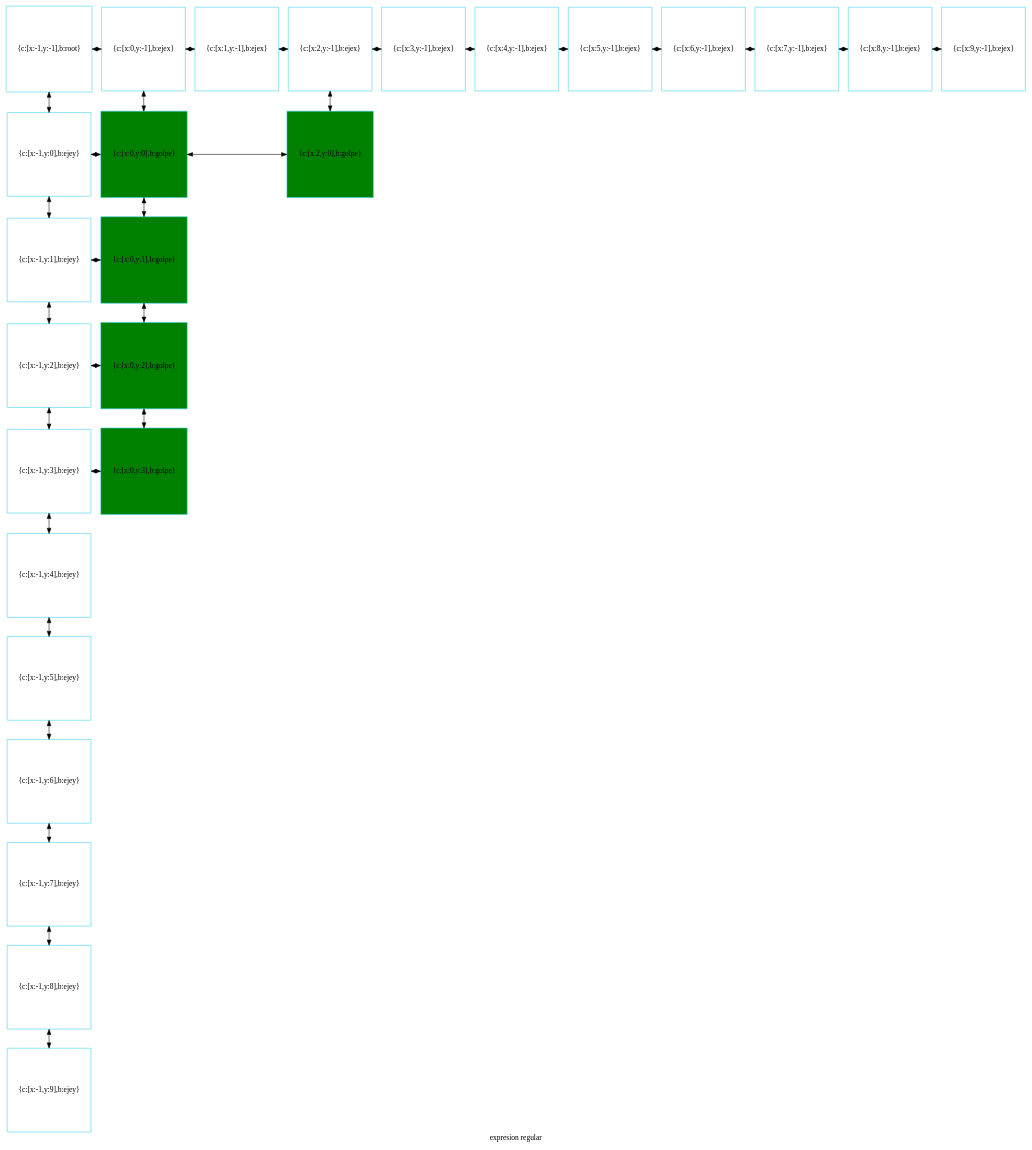
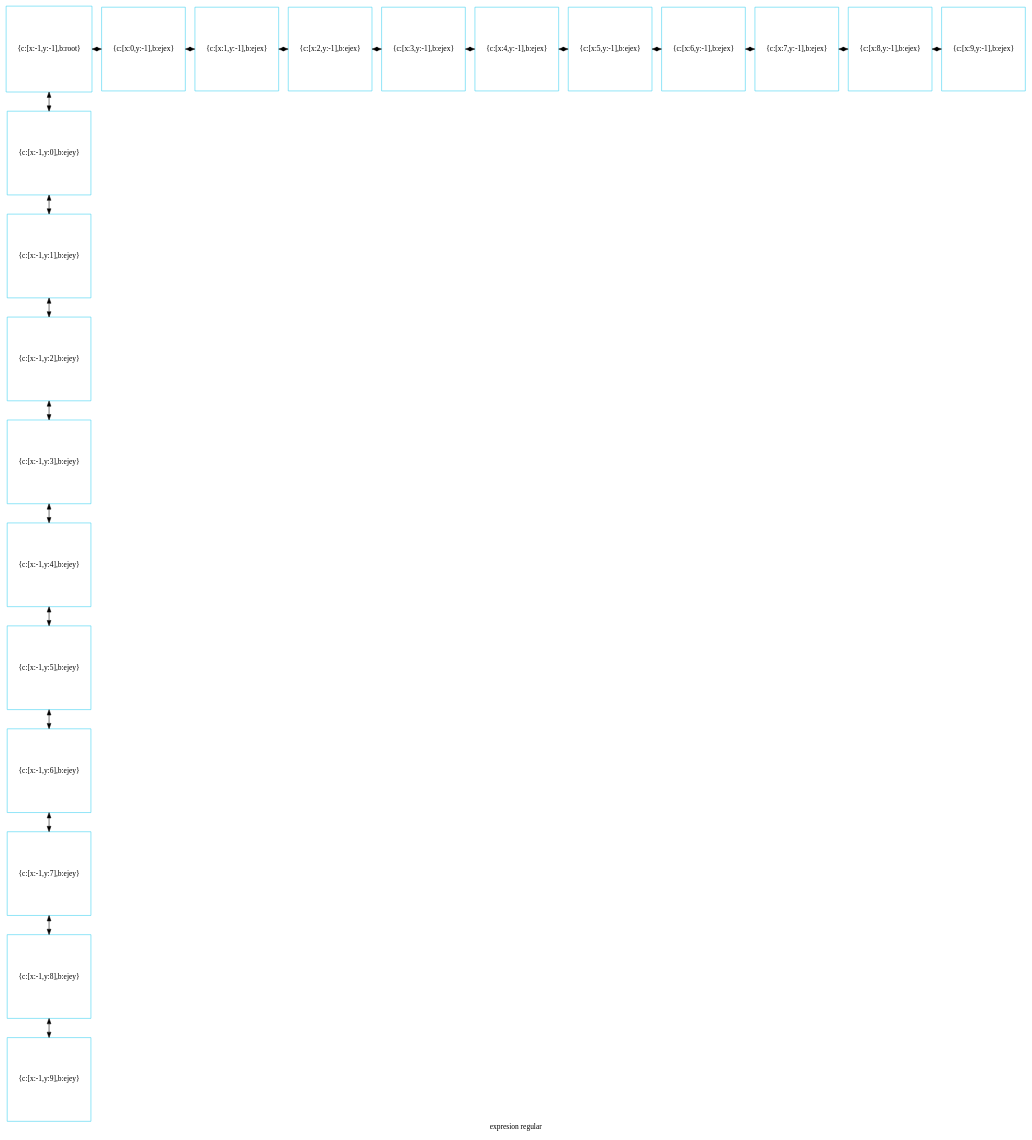
One commit to betebetoven/EDDS2F2 changed the diagram in disp_compu.dot. Above: the diagram before and after it, drawn with Graphviz. The commit also changed 21 other files, not shown here.

```diff
--- a/disp_compu.dot
+++ b/disp_compu.dot
@@ -1,76 +1,61 @@
 digraph G
 {label="expresion regular"
         node[shape = square]
         node[style = filled]
         node[fillcolor = "#EEEEE"]
         node[color = "#EEEEE"]
         node[color = "#31CEF0"]
 
-1075654605984[label="{c:[x:-1,y:-1],b:root}",fillcolor = "white"]
-1075654606128[label="{c:[x:0,y:-1],b:ejex}",fillcolor = "white"]
-1075654606272[label="{c:[x:1,y:-1],b:ejex}",fillcolor = "white"]
-1075654606416[label="{c:[x:2,y:-1],b:ejex}",fillcolor = "white"]
-1075654606560[label="{c:[x:3,y:-1],b:ejex}",fillcolor = "white"]
-1075654606704[label="{c:[x:4,y:-1],b:ejex}",fillcolor = "white"]
-1075654615104[label="{c:[x:5,y:-1],b:ejex}",fillcolor = "white"]
-1075654615248[label="{c:[x:6,y:-1],b:ejex}",fillcolor = "white"]
-1075654615392[label="{c:[x:7,y:-1],b:ejex}",fillcolor = "white"]
-1075654615536[label="{c:[x:8,y:-1],b:ejex}",fillcolor = "white"]
-1075654615680[label="{c:[x:9,y:-1],b:ejex}",fillcolor = "white"]
-1075654615824[label="{c:[x:-1,y:0],b:ejey}",fillcolor = "white"]
-1075654632784[label="{c:[x:0,y:0],b:golpe}",fillcolor = "green"]
-1075654647232[label="{c:[x:2,y:0],b:golpe}",fillcolor = "green"]
-1075654615968[label="{c:[x:-1,y:1],b:ejey}",fillcolor = "white"]
-1075654633120[label="{c:[x:0,y:1],b:golpe}",fillcolor = "green"]
-1075654616112[label="{c:[x:-1,y:2],b:ejey}",fillcolor = "white"]
-1075654633456[label="{c:[x:0,y:2],b:golpe}",fillcolor = "green"]
-1075654616256[label="{c:[x:-1,y:3],b:ejey}",fillcolor = "white"]
-1075654633792[label="{c:[x:0,y:3],b:golpe}",fillcolor = "green"]
-1075654616400[label="{c:[x:-1,y:4],b:ejey}",fillcolor = "white"]
-1075654616544[label="{c:[x:-1,y:5],b:ejey}",fillcolor = "white"]
-1075654616688[label="{c:[x:-1,y:6],b:ejey}",fillcolor = "white"]
-1075654616832[label="{c:[x:-1,y:7],b:ejey}",fillcolor = "white"]
-1075654616976[label="{c:[x:-1,y:8],b:ejey}",fillcolor = "white"]
-1075654617120[label="{c:[x:-1,y:9],b:ejey}",fillcolor = "white"]
-1075654605984->1075654615824[dir = both];
-1075654615824->1075654615968[dir = both];
-1075654615968->1075654616112[dir = both];
-1075654616112->1075654616256[dir = both];
-1075654616256->1075654616400[dir = both];
-1075654616400->1075654616544[dir = both];
-1075654616544->1075654616688[dir = both];
-1075654616688->1075654616832[dir = both];
-1075654616832->1075654616976[dir = both];
-1075654616976->1075654617120[dir = both];
-1075654606128->1075654632784[dir = both];
-1075654632784->1075654633120[dir = both];
-1075654633120->1075654633456[dir = both];
-1075654633456->1075654633792[dir = both];
-1075654606416->1075654647232[dir = both];
-1075654605984->1075654606128[dir = both];
-1075654606128->1075654606272[dir = both];
-1075654606272->1075654606416[dir = both];
-1075654606416->1075654606560[dir = both];
-1075654606560->1075654606704[dir = both];
-1075654606704->1075654615104[dir = both];
-1075654615104->1075654615248[dir = both];
-1075654615248->1075654615392[dir = both];
-1075654615392->1075654615536[dir = both];
-1075654615536->1075654615680[dir = both];
-1075654615824->1075654632784[constraint=false,dir = both];
-1075654632784->1075654647232[constraint=false,dir = both];
-1075654615968->1075654633120[constraint=false,dir = both];
-1075654616112->1075654633456[constraint=false,dir = both];
-1075654616256->1075654633792[constraint=false,dir = both];
- {rank=same; 1075654605984;1075654606128;1075654606272;1075654606416;1075654606560;1075654606704;1075654615104;1075654615248;1075654615392;1075654615536;1075654615680;}
- {rank=same; 1075654615824;1075654632784;1075654647232;}
- {rank=same; 1075654615968;1075654633120;}
- {rank=same; 1075654616112;1075654633456;}
- {rank=same; 1075654616256;1075654633792;}
- {rank=same; 1075654616400;}
- {rank=same; 1075654616544;}
- {rank=same; 1075654616688;}
- {rank=same; 1075654616832;}
- {rank=same; 1075654616976;}
- {rank=same; 1075654617120;}
+101351531712[label="{c:[x:-1,y:-1],b:root}",fillcolor = "white"]
+101351531856[label="{c:[x:0,y:-1],b:ejex}",fillcolor = "white"]
+101351532000[label="{c:[x:1,y:-1],b:ejex}",fillcolor = "white"]
+101351532144[label="{c:[x:2,y:-1],b:ejex}",fillcolor = "white"]
+101351532288[label="{c:[x:3,y:-1],b:ejex}",fillcolor = "white"]
+101351532432[label="{c:[x:4,y:-1],b:ejex}",fillcolor = "white"]
+101351532576[label="{c:[x:5,y:-1],b:ejex}",fillcolor = "white"]
+101351532720[label="{c:[x:6,y:-1],b:ejex}",fillcolor = "white"]
+101351532864[label="{c:[x:7,y:-1],b:ejex}",fillcolor = "white"]
+101351533008[label="{c:[x:8,y:-1],b:ejex}",fillcolor = "white"]
+101351533152[label="{c:[x:9,y:-1],b:ejex}",fillcolor = "white"]
+101351533296[label="{c:[x:-1,y:0],b:ejey}",fillcolor = "white"]
+101351533440[label="{c:[x:-1,y:1],b:ejey}",fillcolor = "white"]
+101351533584[label="{c:[x:-1,y:2],b:ejey}",fillcolor = "white"]
+101351533728[label="{c:[x:-1,y:3],b:ejey}",fillcolor = "white"]
+101351533872[label="{c:[x:-1,y:4],b:ejey}",fillcolor = "white"]
+101351534016[label="{c:[x:-1,y:5],b:ejey}",fillcolor = "white"]
+101351534160[label="{c:[x:-1,y:6],b:ejey}",fillcolor = "white"]
+101351534304[label="{c:[x:-1,y:7],b:ejey}",fillcolor = "white"]
+101351534448[label="{c:[x:-1,y:8],b:ejey}",fillcolor = "white"]
+101351542848[label="{c:[x:-1,y:9],b:ejey}",fillcolor = "white"]
+101351531712->101351533296[dir = both];
+101351533296->101351533440[dir = both];
+101351533440->101351533584[dir = both];
+101351533584->101351533728[dir = both];
+101351533728->101351533872[dir = both];
+101351533872->101351534016[dir = both];
+101351534016->101351534160[dir = both];
+101351534160->101351534304[dir = both];
+101351534304->101351534448[dir = both];
+101351534448->101351542848[dir = both];
+101351531712->101351531856[dir = both];
+101351531856->101351532000[dir = both];
+101351532000->101351532144[dir = both];
+101351532144->101351532288[dir = both];
+101351532288->101351532432[dir = both];
+101351532432->101351532576[dir = both];
+101351532576->101351532720[dir = both];
+101351532720->101351532864[dir = both];
+101351532864->101351533008[dir = both];
+101351533008->101351533152[dir = both];
+ {rank=same; 101351531712;101351531856;101351532000;101351532144;101351532288;101351532432;101351532576;101351532720;101351532864;101351533008;101351533152;}
+ {rank=same; 101351533296;}
+ {rank=same; 101351533440;}
+ {rank=same; 101351533584;}
+ {rank=same; 101351533728;}
+ {rank=same; 101351533872;}
+ {rank=same; 101351534016;}
+ {rank=same; 101351534160;}
+ {rank=same; 101351534304;}
+ {rank=same; 101351534448;}
+ {rank=same; 101351542848;}
 }
```
